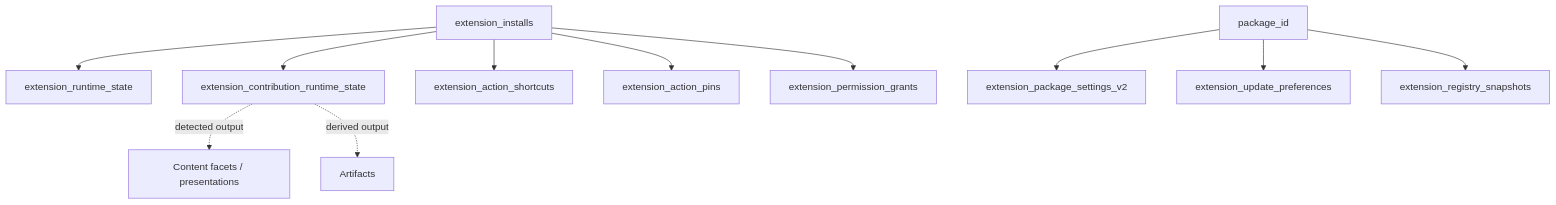
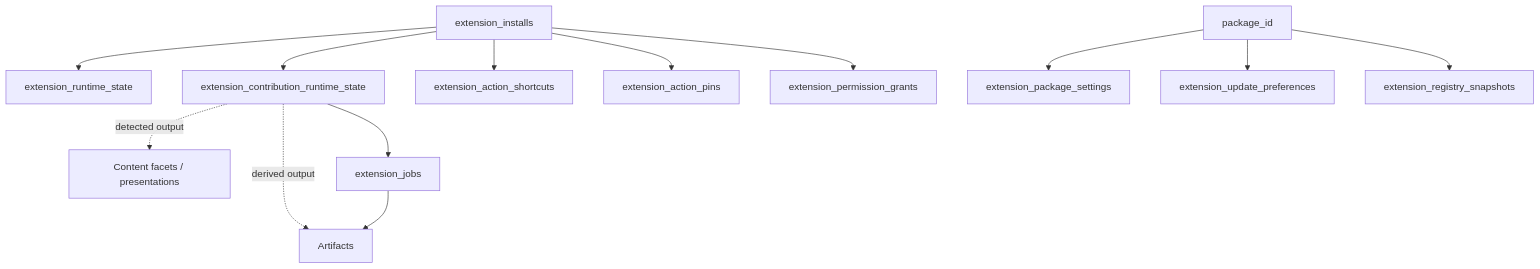
One commit to azure06/clipsx changed the ninth of 9 diagrams in docs/MODELS.md. Above: the diagram before and after it, drawn with Mermaid. The commit also changed other lines of this file and 132 other files, not shown here.

````diff
--- a/docs/MODELS.md
+++ b/docs/MODELS.md
@@ -226,13 +226,15 @@
 ```mermaid
 flowchart TB
     I[extension_installs] --> R[extension_runtime_state]
     I --> C[extension_contribution_runtime_state]
     I --> S[extension_action_shortcuts]
     I --> P[extension_action_pins]
     I --> G[extension_permission_grants]
-    M[package_id] --> V[extension_package_settings_v2]
+    M[package_id] --> V[extension_package_settings]
     M --> U[extension_update_preferences]
     M --> N[extension_registry_snapshots]
     C -. detected output .-> F[Content facets / presentations]
     C -. derived output .-> A[Artifacts]
+    C --> J[extension_jobs]
+    J --> A
 ```
````
